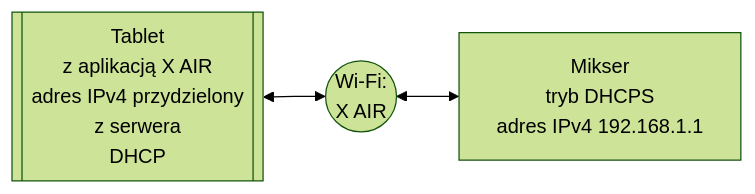
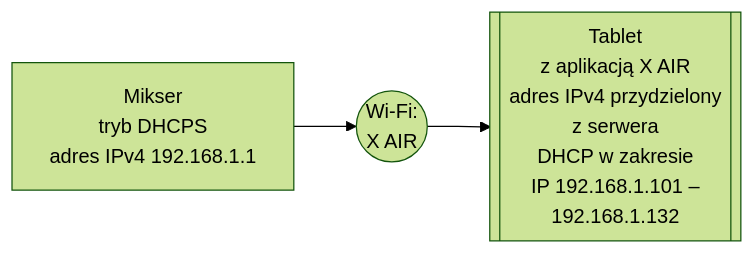
Before and after one commit to wklteam64/wklteam64.github.io: the diagram in _posts/2025-10-01-Mikser_i_bramka_artnet_sterowane_z_tabletu.md, drawn with Mermaid (forest theme). The commit also changed other lines of this file and 1 other file, not shown here.

````diff
--- a/_posts/2025-10-01-Mikser_i_bramka_artnet_sterowane_z_tabletu.md
+++ b/_posts/2025-10-01-Mikser_i_bramka_artnet_sterowane_z_tabletu.md
@@ -22,17 +24,20 @@
 ```mermaid
-flowchart RL 
+flowchart LR 
 
 A[Mikser 
 tryb DHCPS
 adres IPv4 192.168.1.1]
 B[[Tablet
 z aplikacją X AIR
 adres IPv4 przydzielony 
 z serwera 
-DHCP]]
+DHCP w zakresie 
+IP 192.168.1.101 – 
+192.168.1.132]]
 C((Wi-Fi: 
 X AIR))
-A<-->C
-C<-->B
+A-->C
+C-->B
+
 
 ```
````
